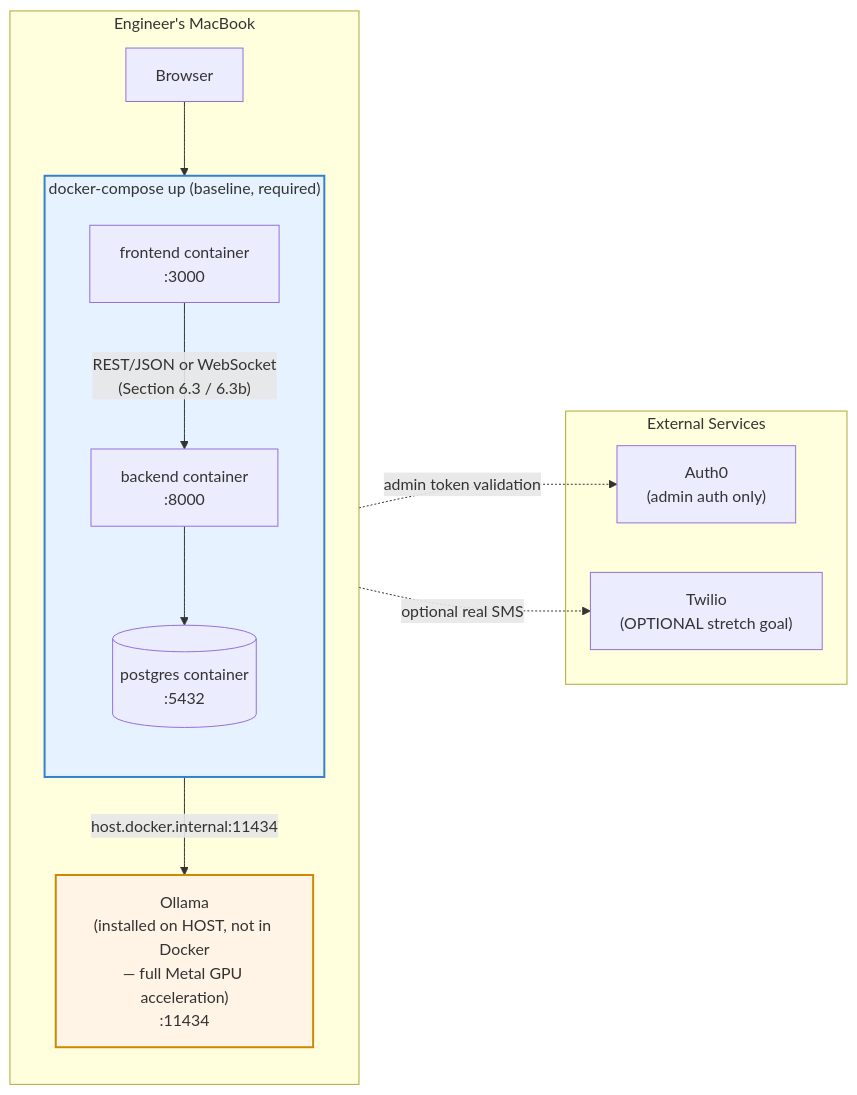
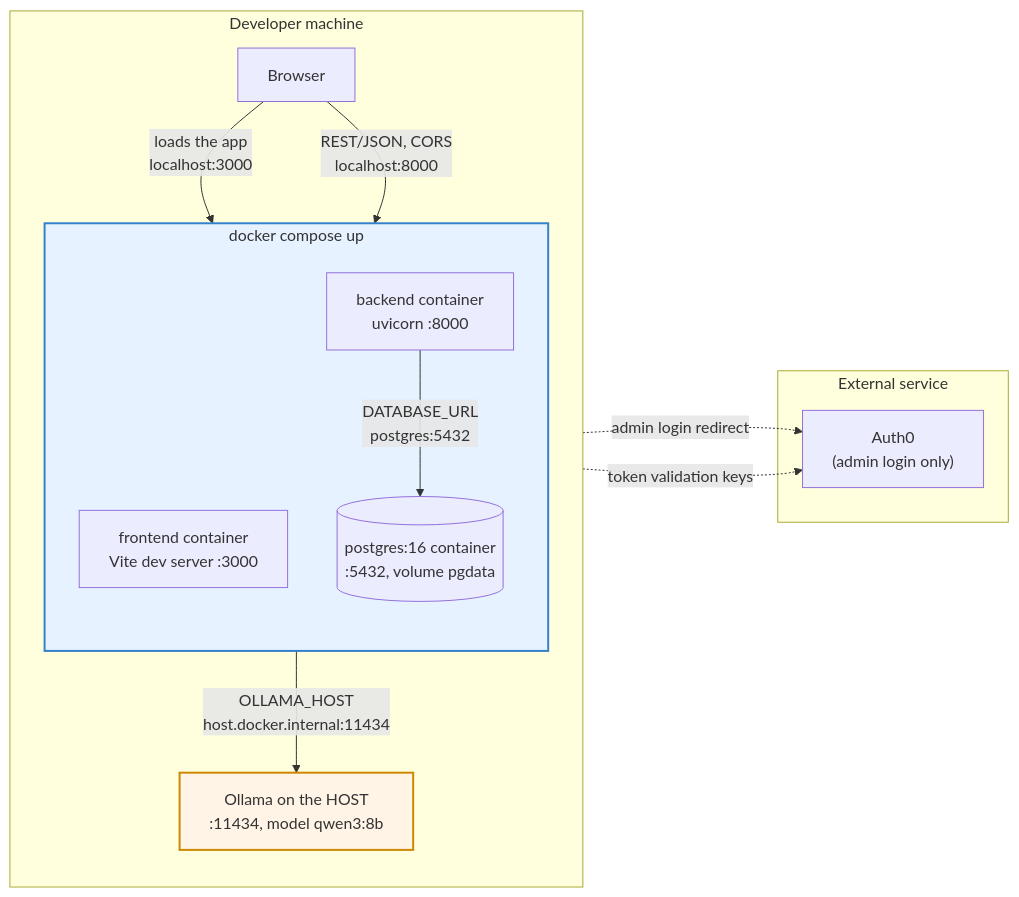
Before and after one commit to andjared/ai-secure-ship: the diagram in docs/diagrams/deployment-topology.md, drawn with Mermaid. The commit also changed other lines of this file and 8 other files, not shown here.

Commit message:
regenerate diagrams

````diff
--- a/docs/diagrams/deployment-topology.md
+++ b/docs/diagrams/deployment-topology.md
@@ -5,31 +5,31 @@
 ```mermaid
 flowchart LR
-    subgraph DevMachine["Engineer's MacBook"]
+    subgraph DevMachine["Developer machine"]
         direction TB
 
-        subgraph Compose["docker-compose up (baseline, required)"]
+        Browser[Browser]
+
+        subgraph Compose["docker compose up"]
             direction TB
-            ReactC["frontend container<br/>:3000"]
-            PyC["backend container<br/>:8000"]
-            PgC[("postgres container<br/>:5432")]
+            ReactC["frontend container<br/>Vite dev server :3000"]
+            PyC["backend container<br/>uvicorn :8000"]
+            PgC[("postgres:16 container<br/>:5432, volume pgdata")]
         end
 
-        Browser[Browser]
-        OllamaHost["Ollama<br/>(installed on HOST, not in Docker<br/>— full Metal GPU acceleration)<br/>:11434"]
+        OllamaHost["Ollama on the HOST<br/>:11434, model qwen3:8b"]
     end
 
-    subgraph Cloud["External Services"]
-        AuthProvider["Auth0<br/>(admin auth only)"]
-        TwilioOpt["Twilio<br/>(OPTIONAL stretch goal)"]
+    subgraph Cloud["External service"]
+        AuthProvider["Auth0<br/>(admin login only)"]
     end
 
-    Browser --> ReactC
-    ReactC -->|"REST/JSON or WebSocket<br/>(Section 6.3 / 6.3b)"| PyC
-    PyC -->|"host.docker.internal:11434"| OllamaHost
-    PyC --> PgC
-    PyC -.->|"admin token validation"| AuthProvider
-    PyC -.->|"optional real SMS"| TwilioOpt
+    Browser -->|"loads the app<br/>localhost:3000"| ReactC
+    Browser -->|"REST/JSON, CORS<br/>localhost:8000"| PyC
+    PyC -->|"DATABASE_URL<br/>postgres:5432"| PgC
+    PyC -->|"OLLAMA_HOST<br/>host.docker.internal:11434"| OllamaHost
+    Browser -.->|"admin login redirect"| AuthProvider
+    PyC -.->|"token validation keys"| AuthProvider
 
     style Compose fill:#e6f2ff,stroke:#3380cc,stroke-width:2px
     style OllamaHost fill:#fff4e6,stroke:#cc8800,stroke-width:2px
 ```
````
